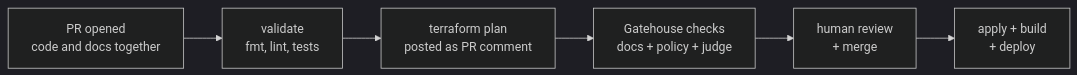
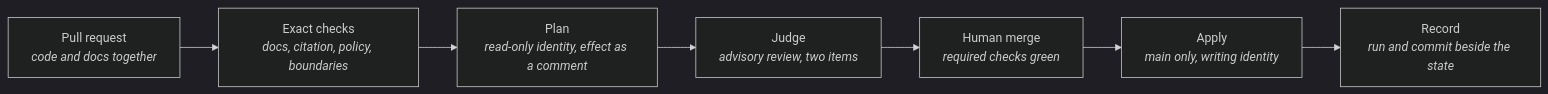
One commit to deathscythe272/blackfork-platform changed the diagram in docs/10-foundation/12-cicd-pipelines.md. Above: the diagram before and after it, drawn with Mermaid (dark theme). The commit also changed other lines of this file and 4 other files, not shown here.

````diff
--- a/docs/10-foundation/12-cicd-pipelines.md
+++ b/docs/10-foundation/12-cicd-pipelines.md
@@ -20,4 +24,9 @@
 ```mermaid
 flowchart LR
-  A["PR opened<br>code and docs together"] --> B["validate<br>fmt, lint, tests"] --> C["terraform plan<br>posted as PR comment"] --> D["Gatehouse checks<br>docs + policy + judge"] --> E["human review<br>+ merge"] --> F["apply + build<br>+ deploy"]
+  PR["Pull request<br><i>code and docs together</i>"] --> CHECKS["Exact checks<br><i>docs, citation, policy, boundaries</i>"]
+  CHECKS --> PLAN["Plan<br><i>read-only identity, effect as a comment</i>"]
+  PLAN --> JUDGE["Judge<br><i>advisory review, two items</i>"]
+  JUDGE --> MERGE["Human merge<br><i>required checks green</i>"]
+  MERGE --> APPLY["Apply<br><i>main only, writing identity</i>"]
+  APPLY --> RECORD["Record<br><i>run and commit beside the state</i>"]
 ```
````
